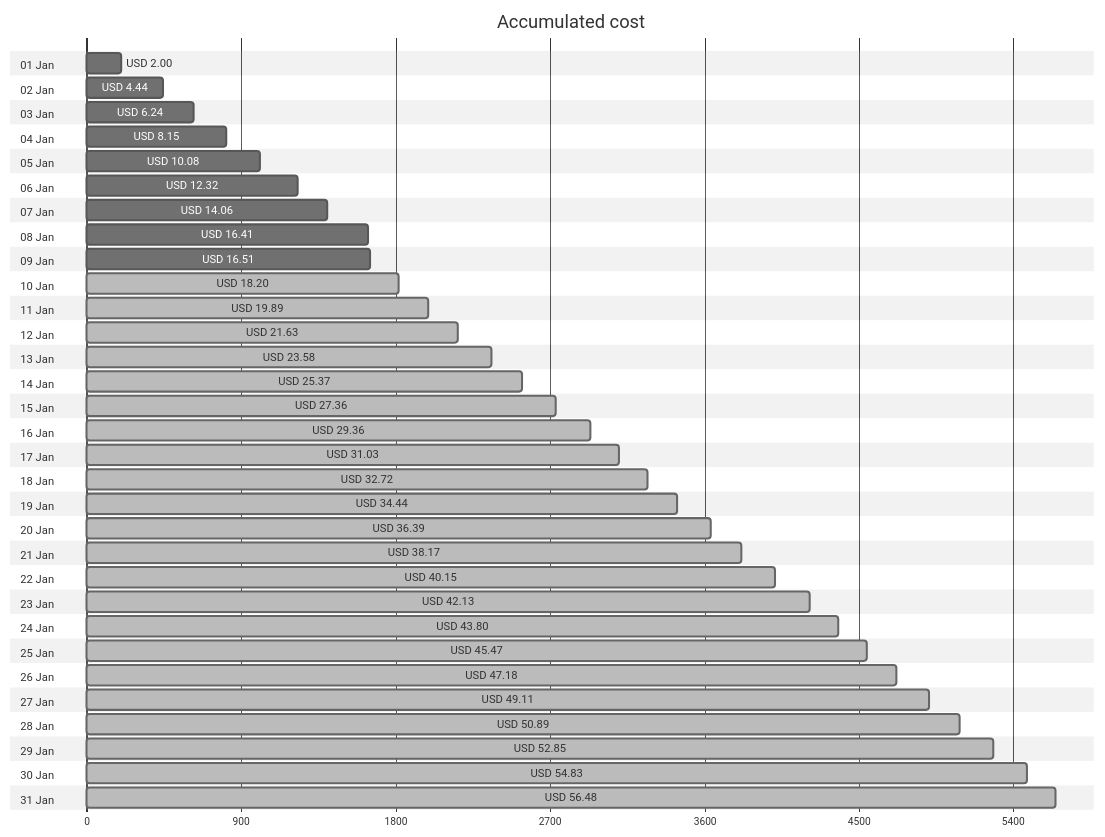
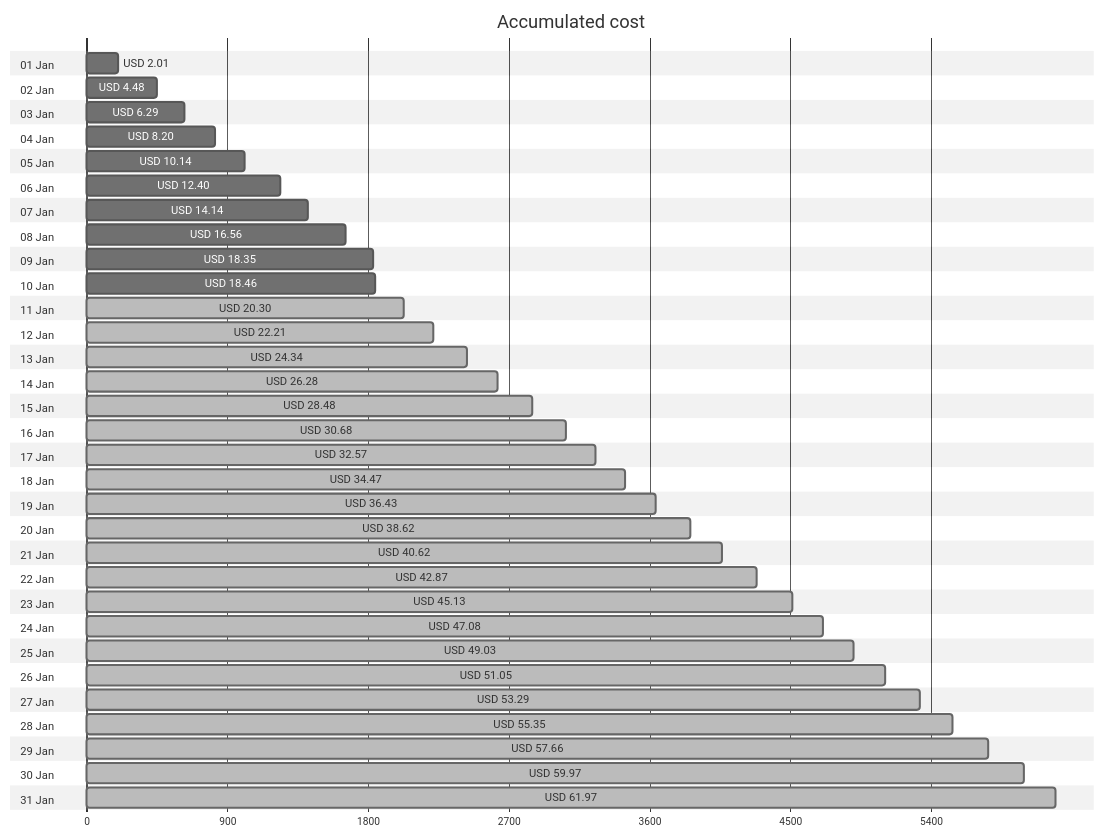
Before and after one commit to jpfulton/azure-personal-reports: the first of 4 diagrams in cost-reports/personal-network/README.md, drawn with Mermaid (neutral theme). The commit also changed other lines of this file and 8 other files, not shown here.

````diff
--- a/cost-reports/personal-network/README.md
+++ b/cost-reports/personal-network/README.md
@@ -20,68 +20,68 @@
 ```mermaid
 gantt
    title Accumulated cost
    dateFormat  X
    axisFormat %s
    section 01 Jan
-   USD 2.00 :0, 200
+   USD 2.01 :0, 201
    section 02 Jan
-   USD 4.44 :0, 444
+   USD 4.48 :0, 448
    section 03 Jan
-   USD 6.24 :0, 624
+   USD 6.29 :0, 629
    section 04 Jan
-   USD 8.15 :0, 815
+   USD 8.20 :0, 820
    section 05 Jan
-   USD 10.08 :0, 1008
+   USD 10.14 :0, 1014
    section 06 Jan
-   USD 12.32 :0, 1232
+   USD 12.40 :0, 1240
    section 07 Jan
-   USD 14.06 :0, 1406
+   USD 14.14 :0, 1414
    section 08 Jan
-   USD 16.41 :0, 1641
+   USD 16.56 :0, 1656
    section 09 Jan
-   USD 16.51 :0, 1651
+   USD 18.35 :0, 1835
    section 10 Jan
-   USD 18.20 : done, 0, 1820
+   USD 18.46 :0, 1846
    section 11 Jan
-   USD 19.89 : done, 0, 1989
+   USD 20.30 : done, 0, 2030
    section 12 Jan
-   USD 21.63 : done, 0, 2163
+   USD 22.21 : done, 0, 2221
    section 13 Jan
-   USD 23.58 : done, 0, 2358
+   USD 24.34 : done, 0, 2434
    section 14 Jan
-   USD 25.37 : done, 0, 2537
+   USD 26.28 : done, 0, 2628
    section 15 Jan
-   USD 27.36 : done, 0, 2736
+   USD 28.48 : done, 0, 2848
    section 16 Jan
-   USD 29.36 : done, 0, 2936
+   USD 30.68 : done, 0, 3068
    section 17 Jan
-   USD 31.03 : done, 0, 3103
+   USD 32.57 : done, 0, 3257
    section 18 Jan
-   USD 32.72 : done, 0, 3272
+   USD 34.47 : done, 0, 3447
    section 19 Jan
-   USD 34.44 : done, 0, 3444
+   USD 36.43 : done, 0, 3643
    section 20 Jan
-   USD 36.39 : done, 0, 3639
+   USD 38.62 : done, 0, 3862
    section 21 Jan
-   USD 38.17 : done, 0, 3817
+   USD 40.62 : done, 0, 4062
    section 22 Jan
-   USD 40.15 : done, 0, 4015
+   USD 42.87 : done, 0, 4287
    section 23 Jan
-   USD 42.13 : done, 0, 4213
+   USD 45.13 : done, 0, 4513
    section 24 Jan
-   USD 43.80 : done, 0, 4380
+   USD 47.08 : done, 0, 4708
    section 25 Jan
-   USD 45.47 : done, 0, 4547
+   USD 49.03 : done, 0, 4903
    section 26 Jan
-   USD 47.18 : done, 0, 4718
+   USD 51.05 : done, 0, 5105
    section 27 Jan
-   USD 49.11 : done, 0, 4911
+   USD 53.29 : done, 0, 5329
    section 28 Jan
-   USD 50.89 : done, 0, 5089
+   USD 55.35 : done, 0, 5535
    section 29 Jan
-   USD 52.85 : done, 0, 5285
+   USD 57.66 : done, 0, 5766
    section 30 Jan
-   USD 54.83 : done, 0, 5483
+   USD 59.97 : done, 0, 5997
    section 31 Jan
-   USD 56.48 : done, 0, 5648
+   USD 61.97 : done, 0, 6197
 ```
````
